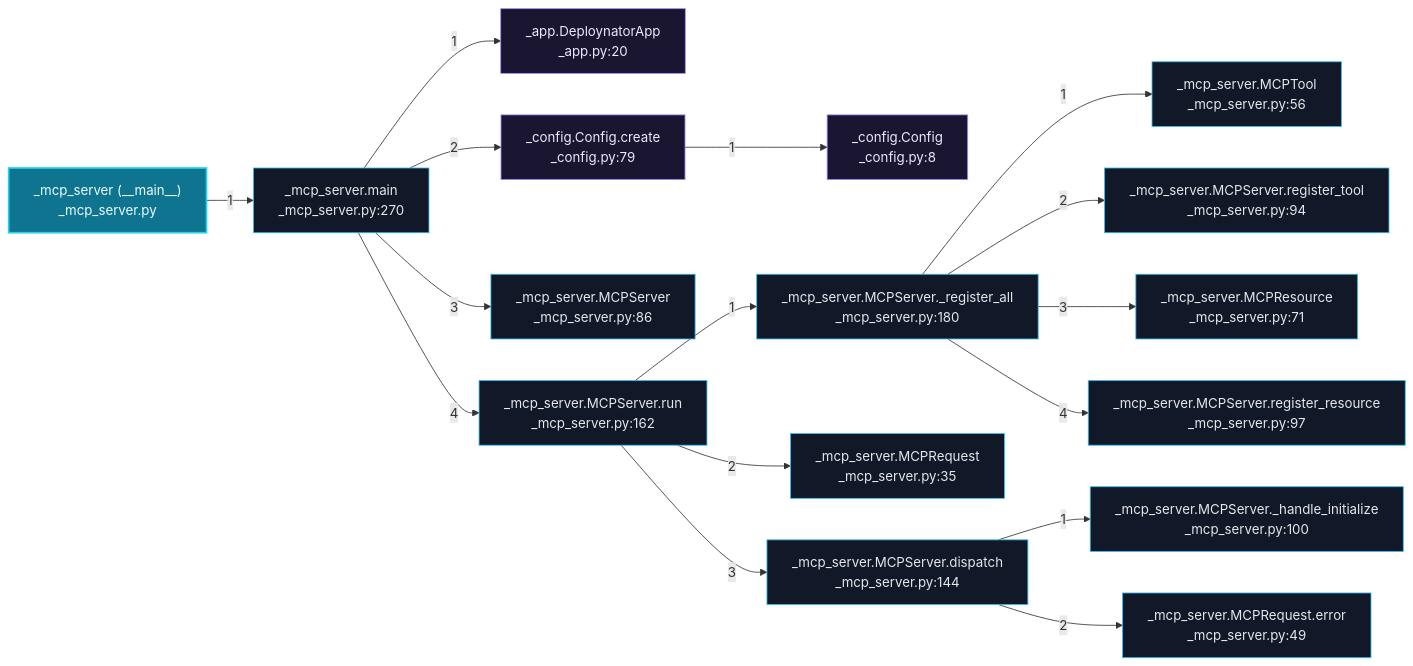
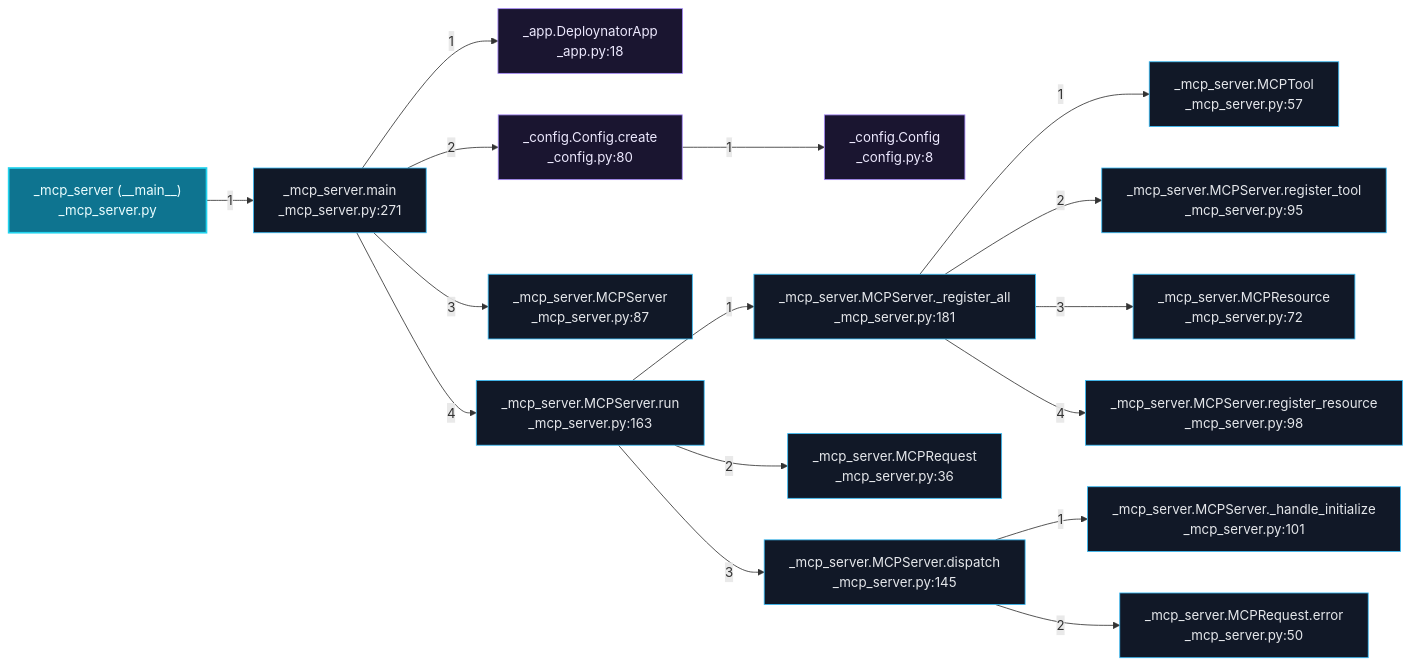
Before and after one commit to grisuno/deploynator: the eighth of 9 diagrams in readmenator-apidocs/architecture.md, drawn with Mermaid. The commit also changed other lines of this file and 144 other files, not shown here.

````diff
--- a/readmenator-apidocs/architecture.md
+++ b/readmenator-apidocs/architecture.md
@@ -432,37 +435,37 @@
 ```mermaid
 flowchart LR
     classDef default fill:#111827,stroke:#38bdf8,color:#e5e7eb;
     classDef entry fill:#0e7490,stroke:#22d3ee,color:#ecfeff,stroke-width:2px;
     classDef external fill:#1a1530,stroke:#a78bfa,color:#ede9fe;
     n_deploynator__mcp_server_py___main_["_mcp_server (__main__)<br/>_mcp_server.py"]:::entry
-    n_deploynator__mcp_server_py__main["_mcp_server.main<br/>_mcp_server.py:270"]:::default
-    n_deploynator__app_py__DeploynatorApp["_app.DeploynatorApp<br/>_app.py:20"]:::external
-    n_deploynator__config_py__create["_config.Config.create<br/>_config.py:79"]:::external
+    n_deploynator__mcp_server_py__main["_mcp_server.main<br/>_mcp_server.py:271"]:::default
+    n_deploynator__app_py__DeploynatorApp["_app.DeploynatorApp<br/>_app.py:18"]:::external
+    n_deploynator__config_py__create["_config.Config.create<br/>_config.py:80"]:::external
     n_deploynator__config_py__Config["_config.Config<br/>_config.py:8"]:::external
-    n_deploynator__mcp_server_py__MCPServer["_mcp_server.MCPServer<br/>_mcp_server.py:86"]:::default
-    n_deploynator__mcp_server_py__run["_mcp_server.MCPServer.run<br/>_mcp_server.py:162"]:::default
-    n_deploynator__mcp_server_py___register_all["_mcp_server.MCPServer._register_all<br/>_mcp_server.py:180"]:::default
-    n_deploynator__mcp_server_py__MCPTool["_mcp_server.MCPTool<br/>_mcp_server.py:56"]:::default
-    n_deploynator__mcp_server_py__register_tool["_mcp_server.MCPServer.register_tool<br/>_mcp_server.py:94"]:::default
-    n_deploynator__mcp_server_py__MCPResource["_mcp_server.MCPResource<br/>_mcp_server.py:71"]:::default
-    n_deploynator__mcp_server_py__register_resource["_mcp_server.MCPServer.register_resource<br/>_mcp_server.py:97"]:::default
-    n_deploynator__mcp_server_py__MCPRequest["_mcp_server.MCPRequest<br/>_mcp_server.py:35"]:::default
-    n_deploynator__mcp_server_py__dispatch["_mcp_server.MCPServer.dispatch<br/>_mcp_server.py:144"]:::default
-    n_deploynator__mcp_server_py___handle_initialize["_mcp_server.MCPServer._handle_initialize<br/>_mcp_server.py:100"]:::default
-    n_deploynator__mcp_server_py__error["_mcp_server.MCPRequest.error<br/>_mcp_server.py:49"]:::default
+    n_deploynator__mcp_server_py__MCPServer["_mcp_server.MCPServer<br/>_mcp_server.py:87"]:::default
+    n_deploynator__mcp_server_py__run["_mcp_server.MCPServer.run<br/>_mcp_server.py:163"]:::default
+    n_deploynator__mcp_server_py___register_all["_mcp_server.MCPServer._register_all<br/>_mcp_server.py:181"]:::default
+    n_deploynator__mcp_server_py__MCPTool["_mcp_server.MCPTool<br/>_mcp_server.py:57"]:::default
+    n_deploynator__mcp_server_py__register_tool["_mcp_server.MCPServer.register_tool<br/>_mcp_server.py:95"]:::default
+    n_deploynator__mcp_server_py__MCPResource["_mcp_server.MCPResource<br/>_mcp_server.py:72"]:::default
+    n_deploynator__mcp_server_py__register_resource["_mcp_server.MCPServer.register_resource<br/>_mcp_server.py:98"]:::default
+    n_deploynator__mcp_server_py__MCPRequest["_mcp_server.MCPRequest<br/>_mcp_server.py:36"]:::default
+    n_deploynator__mcp_server_py__dispatch["_mcp_server.MCPServer.dispatch<br/>_mcp_server.py:145"]:::default
+    n_deploynator__mcp_server_py___handle_initialize["_mcp_server.MCPServer._handle_initialize<br/>_mcp_server.py:101"]:::default
+    n_deploynator__mcp_server_py__error["_mcp_server.MCPRequest.error<br/>_mcp_server.py:50"]:::default
     n_deploynator__mcp_server_py___main_ -->|"1"| n_deploynator__mcp_server_py__main
     n_deploynator__mcp_server_py__main -->|"1"| n_deploynator__app_py__DeploynatorApp
     n_deploynator__mcp_server_py__main -->|"2"| n_deploynator__config_py__create
     n_deploynator__config_py__create -->|"1"| n_deploynator__config_py__Config
     n_deploynator__mcp_server_py__main -->|"3"| n_deploynator__mcp_server_py__MCPServer
     n_deploynator__mcp_server_py__main -->|"4"| n_deploynator__mcp_server_py__run
     n_deploynator__mcp_server_py__run -->|"1"| n_deploynator__mcp_server_py___register_all
     n_deploynator__mcp_server_py___register_all -->|"1"| n_deploynator__mcp_server_py__MCPTool
     n_deploynator__mcp_server_py___register_all -->|"2"| n_deploynator__mcp_server_py__register_tool
     n_deploynator__mcp_server_py___register_all -->|"3"| n_deploynator__mcp_server_py__MCPResource
     n_deploynator__mcp_server_py___register_all -->|"4"| n_deploynator__mcp_server_py__register_resource
     n_deploynator__mcp_server_py__run -->|"2"| n_deploynator__mcp_server_py__MCPRequest
     n_deploynator__mcp_server_py__run -->|"3"| n_deploynator__mcp_server_py__dispatch
     n_deploynator__mcp_server_py__dispatch -->|"1"| n_deploynator__mcp_server_py___handle_initialize
     n_deploynator__mcp_server_py__dispatch -->|"2"| n_deploynator__mcp_server_py__error
 ```
````
